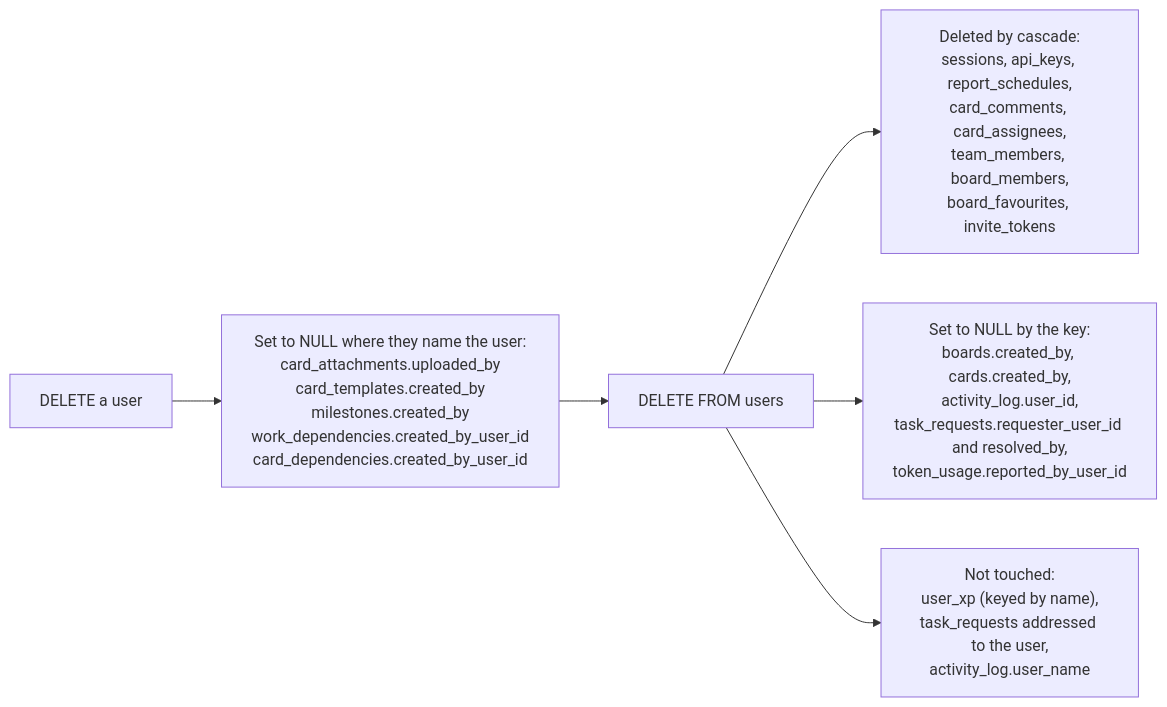
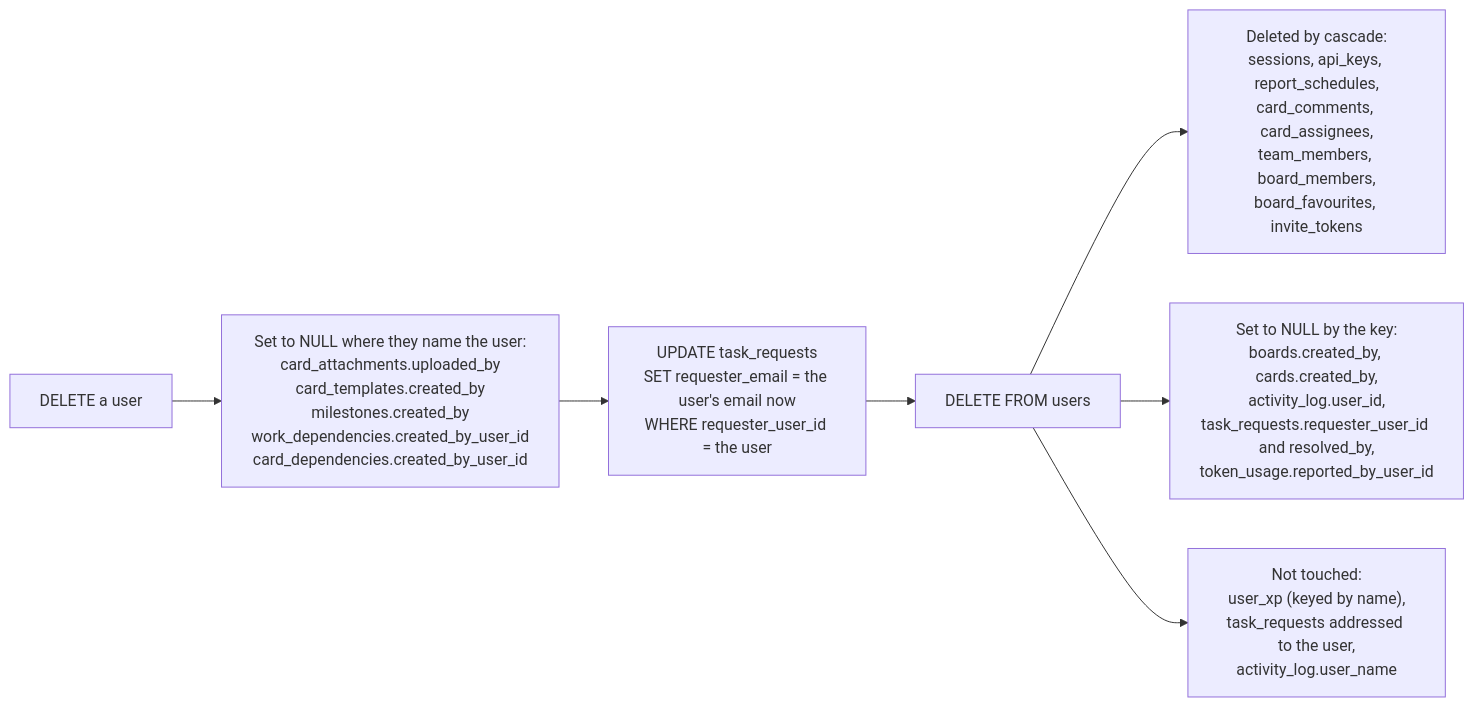
Before and after one commit to gitBoon/DumpFire: the fourth of 14 diagrams in docs/data-model.md, drawn with Mermaid. The commit also changed other lines of this file and 44 other files, not shown here.

````diff
--- a/docs/data-model.md
+++ b/docs/data-model.md
@@ -634,8 +640,9 @@
 ```mermaid
 flowchart LR
     User["DELETE a user"] --> Clear["Set to NULL where they name the user:<br/>card_attachments.uploaded_by<br/>card_templates.created_by<br/>milestones.created_by<br/>work_dependencies.created_by_user_id<br/>card_dependencies.created_by_user_id"]
-    Clear --> Del["DELETE FROM users"]
+    Clear --> Address["UPDATE task_requests<br/>SET requester_email = the user's email now<br/>WHERE requester_user_id = the user"]
+    Address --> Del["DELETE FROM users"]
     Del --> Cascade["Deleted by cascade:<br/>sessions, api_keys, report_schedules,<br/>card_comments, card_assignees,<br/>team_members, board_members,<br/>board_favourites, invite_tokens"]
     Del --> Null["Set to NULL by the key:<br/>boards.created_by, cards.created_by,<br/>activity_log.user_id,<br/>task_requests.requester_user_id and resolved_by,<br/>token_usage.reported_by_user_id"]
     Del --> Stay["Not touched:<br/>user_xp (keyed by name),<br/>task_requests addressed to the user,<br/>activity_log.user_name"]
 ```
````
